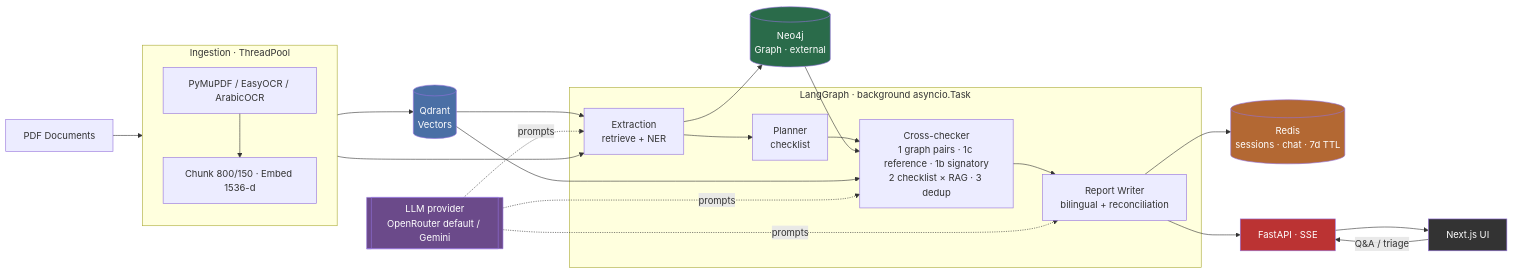
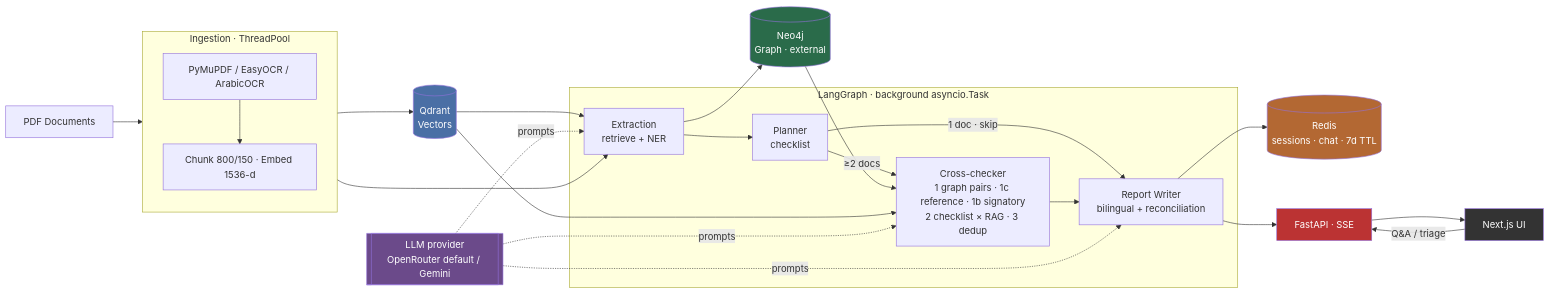
Before and after one commit to Mostafa-Emad77/AuditMind: the diagram in README.md, drawn with Mermaid. The commit also changed 2 other files, not shown here.

Commit message:
refactor: update audit flow to handle single-document cases and skip cross-checking

````diff
--- a/README.md
+++ b/README.md
@@ -30,38 +30,39 @@
 ```mermaid
 flowchart LR
     PDFs[PDF Documents] --> Ingestion
 
     subgraph Ingestion[Ingestion · ThreadPool]
         OCR[PyMuPDF / EasyOCR / ArabicOCR] --> ChunkEmbed[Chunk 800/150 · Embed 1536-d]
     end
 
     Ingestion --> Qdrant[(Qdrant\nVectors)]
     Ingestion --> Extraction
 
     subgraph Pipeline[LangGraph · background asyncio.Task]
         Extraction[Extraction\nretrieve + NER] --> Planner[Planner\nchecklist]
-        Planner --> CrossChecker[Cross-checker\n1 graph pairs · 1c reference · 1b signatory\n2 checklist × RAG · 3 dedup]
-        CrossChecker --> ReportWriter[Report Writer\nbilingual + reconciliation]
+        Planner -->|≥2 docs| CrossChecker[Cross-checker\n1 graph pairs · 1c reference · 1b signatory\n2 checklist × RAG · 3 dedup]
+        Planner -->|1 doc · skip| ReportWriter[Report Writer\nbilingual + reconciliation]
+        CrossChecker --> ReportWriter
     end
 
     Qdrant --> Extraction
     Extraction --> Neo4j[(Neo4j\nGraph · external)]
     Neo4j --> CrossChecker
     Qdrant --> CrossChecker
 
     ReportWriter --> Redis[(Redis\nsessions · chat · 7d TTL)]
     ReportWriter --> FastAPI[FastAPI · SSE]
     FastAPI --> NextUI[Next.js UI]
     NextUI -->|Q&A / triage| FastAPI
 
     LLM[[LLM provider\nOpenRouter default / Gemini]] -. prompts .-> Extraction
     LLM -. prompts .-> CrossChecker
     LLM -. prompts .-> ReportWriter
 
     style Qdrant fill:#4a6fa5,color:#fff
     style Neo4j fill:#2a6b4a,color:#fff
     style Redis fill:#b36833,color:#fff
     style LLM fill:#6b4a8a,color:#fff
     style FastAPI fill:#b33,color:#fff
     style NextUI fill:#333,color:#fff
 ```
````
